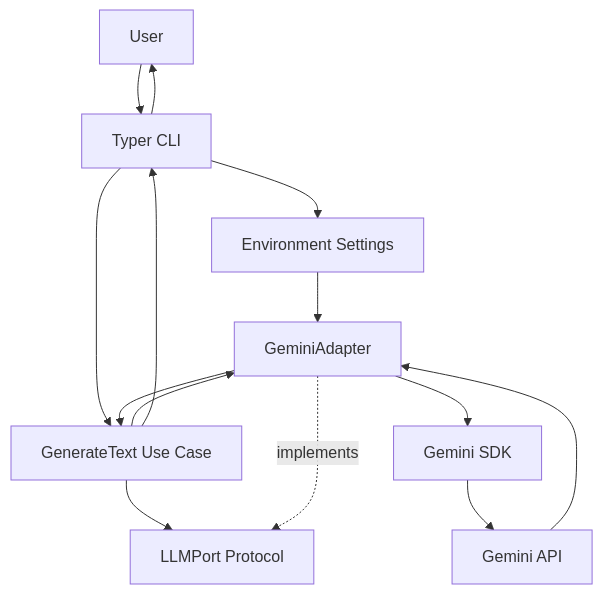
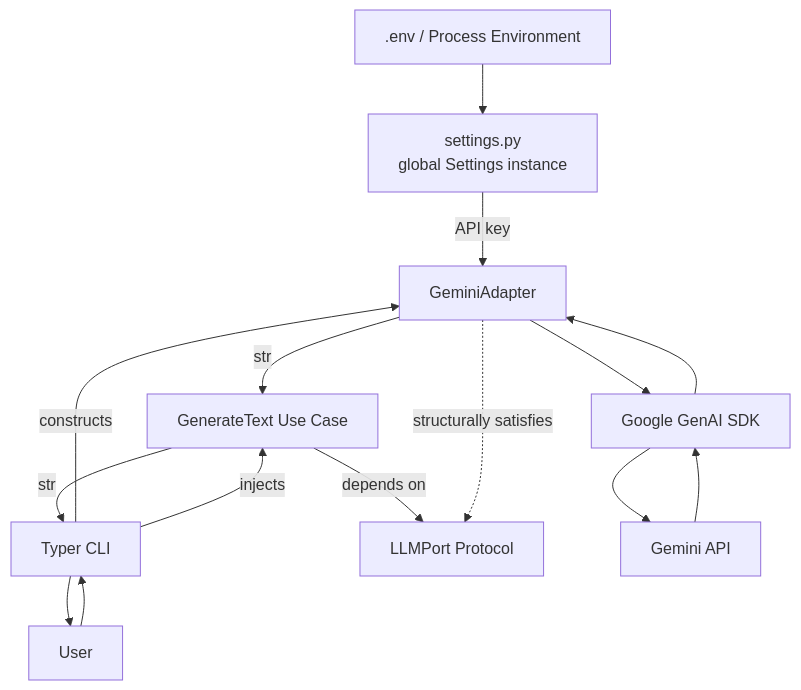
The fourth of 24 diagrams in 1_Bro_Became_AI_Engineer/01_Daily_Learning/Week_01/03_Provider_Adapter/Project/llm_gateway/docs/LLM_Gateway_Engineering_Project_Note.md (mzaid-dev/Bro_to_FAANG-exe), drawn with Mermaid before and after one commit. The commit also changed other lines of this file and 4 other files, not shown here.

````diff
--- a/1_Bro_Became_AI_Engineer/01_Daily_Learning/Week_01/03_Provider_Adapter/Project/llm_gateway/docs/LLM_Gateway_Engineering_Project_Note.md
+++ b/1_Bro_Became_AI_Engineer/01_Daily_Learning/Week_01/03_Provider_Adapter/Project/llm_gateway/docs/LLM_Gateway_Engineering_Project_Note.md
@@ -103,16 +138,16 @@
 ```mermaid
 flowchart TD
+    ENV[".env / Process Environment"] --> SETTINGS["settings.py<br/>global Settings instance"]
     USER["User"] --> CLI["Typer CLI"]
-    CLI --> SETTINGS["Environment Settings"]
-    CLI --> APP["GenerateText Use Case"]
-    SETTINGS --> ADAPTER["GeminiAdapter"]
-    APP --> PORT["LLMPort Protocol"]
-    ADAPTER -. "implements" .-> PORT
-    APP --> ADAPTER
-    ADAPTER --> SDK["Gemini SDK"]
+    CLI -->|constructs| ADAPTER["GeminiAdapter"]
+    CLI -->|injects| APP["GenerateText Use Case"]
+    APP -->|depends on| PORT["LLMPort Protocol"]
+    ADAPTER -. "structurally satisfies" .-> PORT
+    SETTINGS -->|API key| ADAPTER
+    ADAPTER --> SDK["Google GenAI SDK"]
     SDK --> API["Gemini API"]
-    API --> ADAPTER
-    ADAPTER --> APP
-    APP --> CLI
+    API --> SDK --> ADAPTER
+    ADAPTER -->|str| APP
+    APP -->|str| CLI
     CLI --> USER
 ```
````
